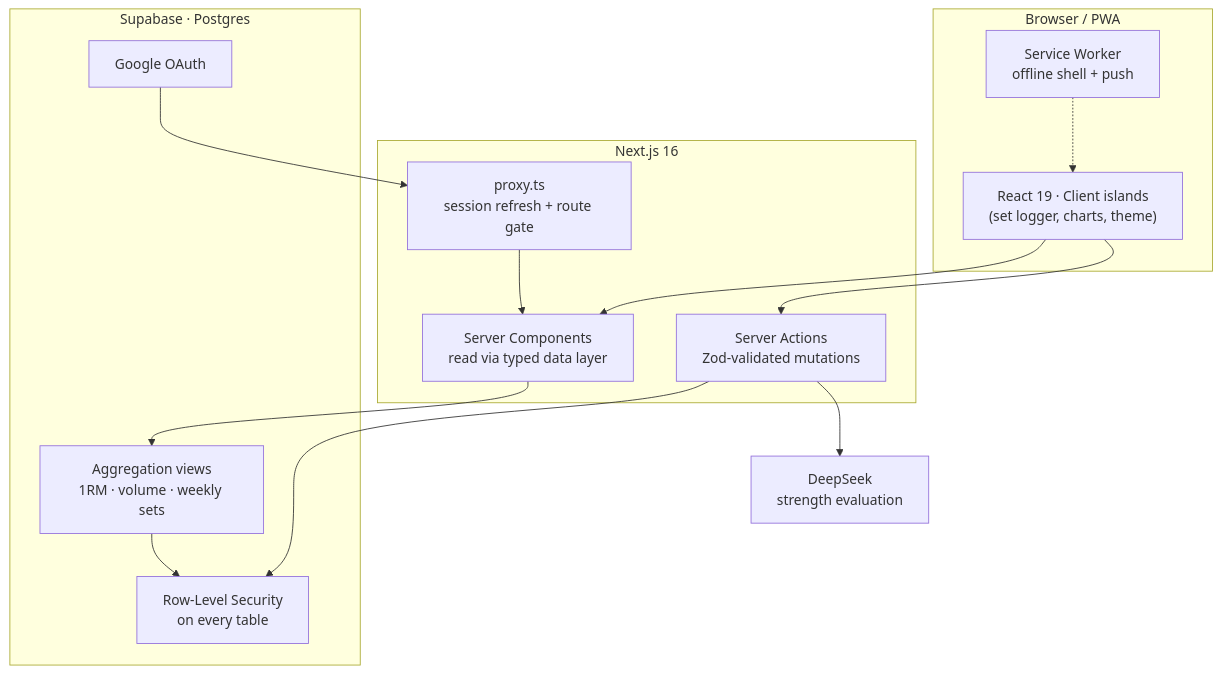
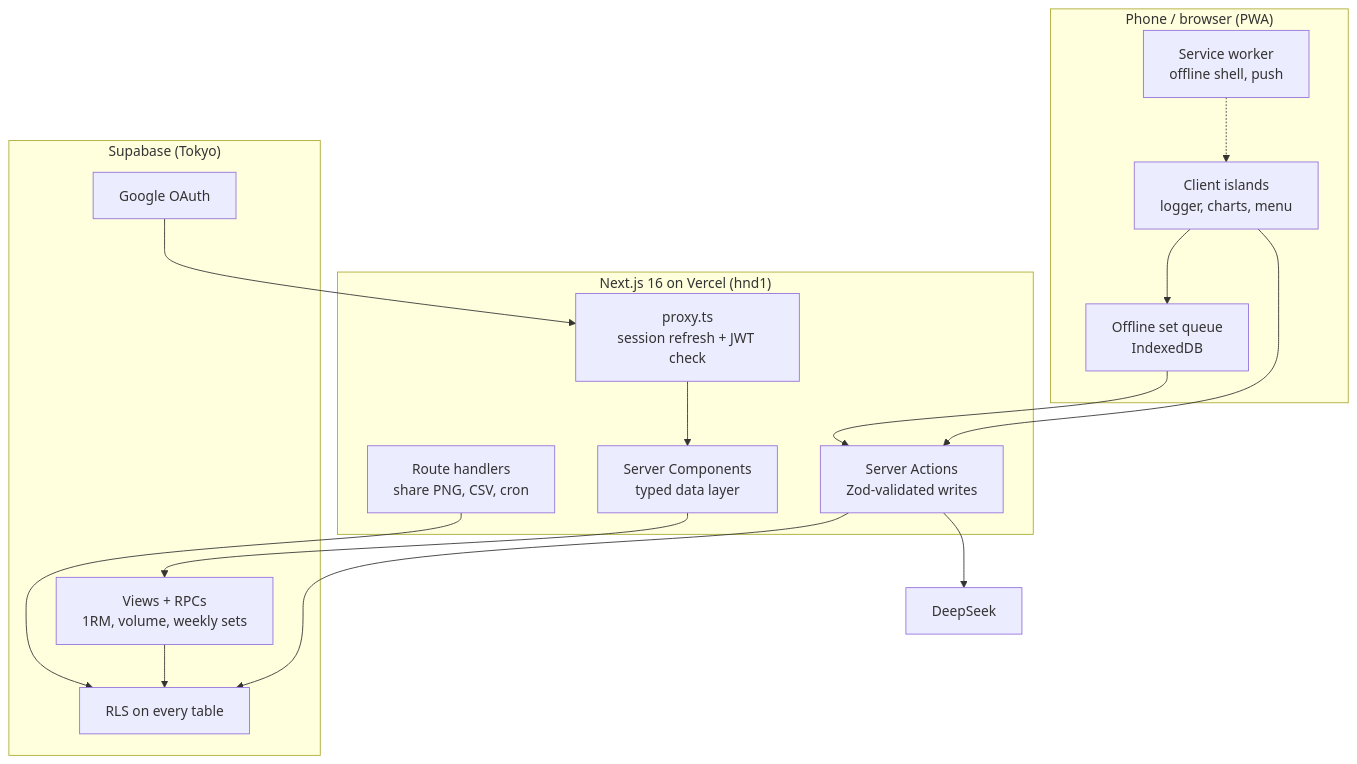
Before and after one commit to ckakkar/hellblazer: the diagram in README.md, drawn with Mermaid. The commit also changed other lines of this file, not shown here.

````diff
--- a/README.md
+++ b/README.md
@@ -140,31 +194,35 @@
 ```mermaid
 flowchart TD
-    subgraph Client["Browser / PWA"]
-        SW["Service Worker<br/>offline shell + push"]
-        UI["React 19 · Client islands<br/>(set logger, charts, theme)"]
+    subgraph Client["Phone / browser (PWA)"]
+        SW["Service worker<br/>offline shell, push"]
+        Q["Offline set queue<br/>IndexedDB"]
+        UI["Client islands<br/>logger, charts, menu"]
     end
 
-    subgraph Edge["Next.js 16"]
-        PX["proxy.ts<br/>session refresh + route gate"]
-        RSC["Server Components<br/>read via typed data layer"]
-        SA["Server Actions<br/>Zod-validated mutations"]
+    subgraph Next["Next.js 16 on Vercel (hnd1)"]
+        PX["proxy.ts<br/>session refresh + JWT check"]
+        RSC["Server Components<br/>typed data layer"]
+        SA["Server Actions<br/>Zod-validated writes"]
+        API["Route handlers<br/>share PNG, CSV, cron"]
     end
 
-    subgraph DB["Supabase · Postgres"]
-        RLS["Row-Level Security<br/>on every table"]
-        VIEWS["Aggregation views<br/>1RM · volume · weekly sets"]
+    subgraph DB["Supabase (Tokyo)"]
+        RLS["RLS on every table"]
+        AGG["Views + RPCs<br/>1RM, volume, weekly sets"]
         AUTH["Google OAuth"]
     end
 
-    JUDGE["DeepSeek<br/>strength evaluation"]
+    JUDGE["DeepSeek"]
 
     UI --> SA
-    UI --> RSC
+    UI --> Q
+    Q --> SA
     SW -.-> UI
     PX --> RSC
-    RSC --> VIEWS
+    RSC --> AGG
     SA --> RLS
-    VIEWS --> RLS
+    AGG --> RLS
+    API --> RLS
     AUTH --> PX
     SA --> JUDGE
 ```
````
